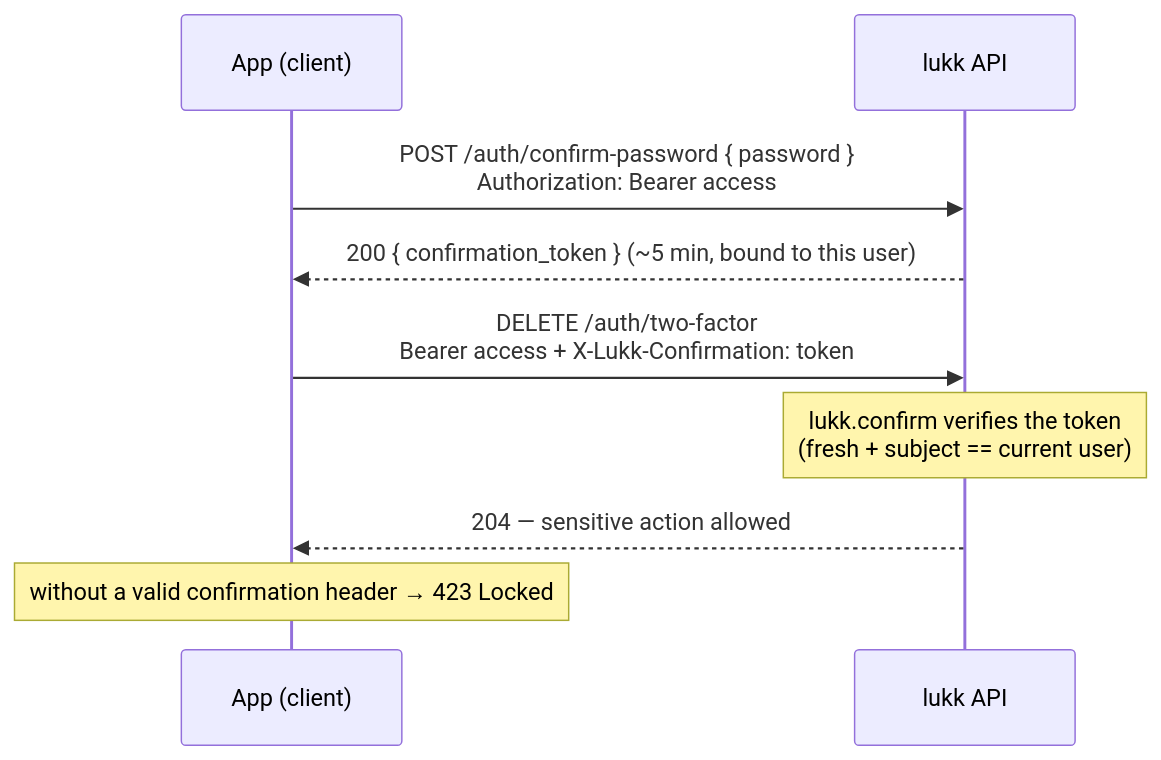
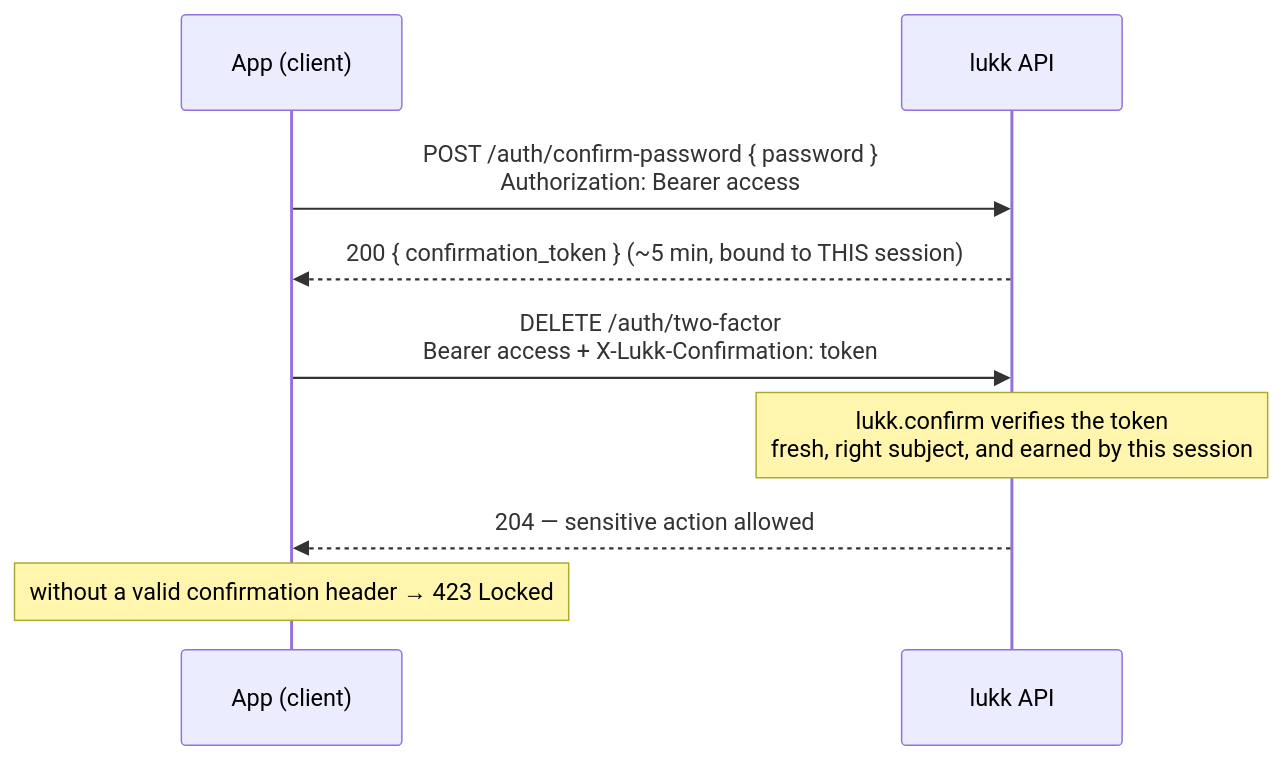
The first of 2 diagrams in docs/confirmation.md (stsepelin/lukk-docs), drawn with Mermaid before and after one commit. The commit also changed other lines of this file and 10 other files, not shown here.

````diff
--- a/docs/confirmation.md
+++ b/docs/confirmation.md
@@ -18,12 +18,12 @@
 ```mermaid
 sequenceDiagram
     participant App as App (client)
     participant API as lukk API
 
     App->>API: POST /auth/confirm-password { password }<br/>Authorization: Bearer access
-    API-->>App: 200 { confirmation_token } (~5 min, bound to this user)
+    API-->>App: 200 { confirmation_token } (~5 min, bound to THIS session)
     App->>API: DELETE /auth/two-factor<br/>Bearer access + X-Lukk-Confirmation: token
-    Note over API: lukk.confirm verifies the token<br/>(fresh + subject == current user)
+    Note over API: lukk.confirm verifies the token<br/>fresh, right subject, and earned by this session
     API-->>App: 204 — sensitive action allowed
     Note over App: without a valid confirmation header → 423 Locked
 ```
````
